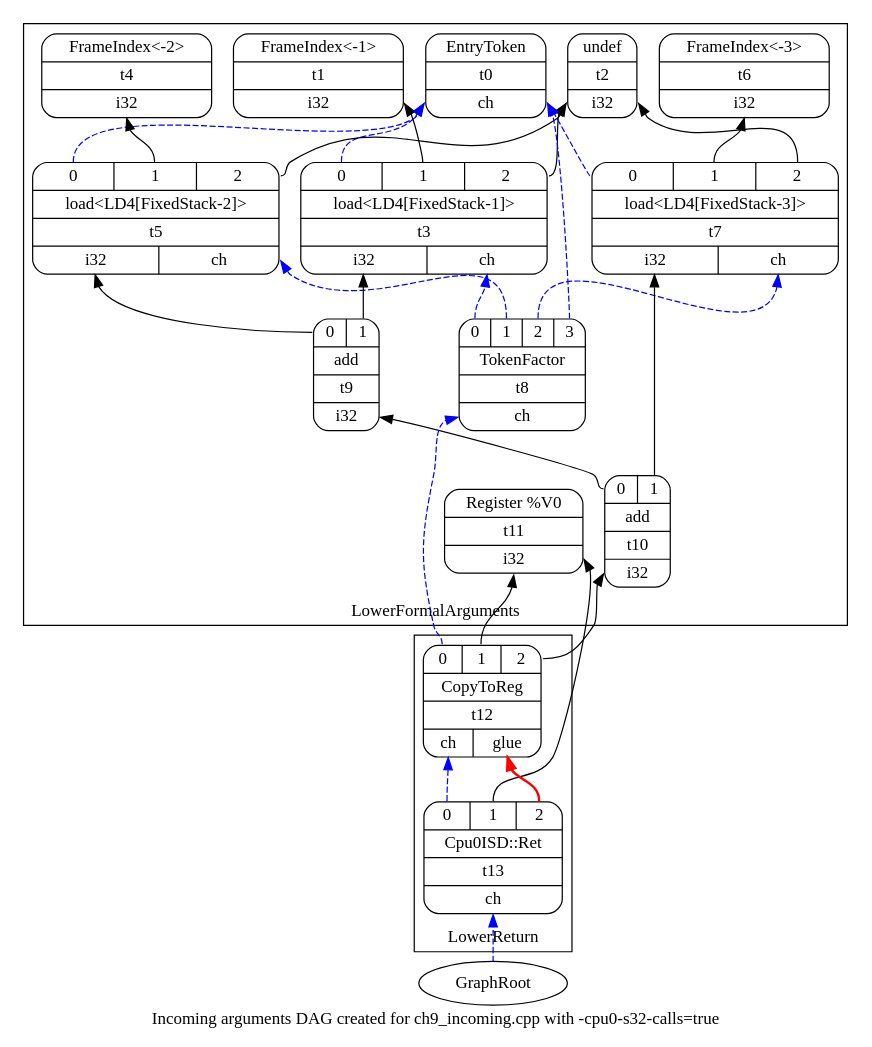
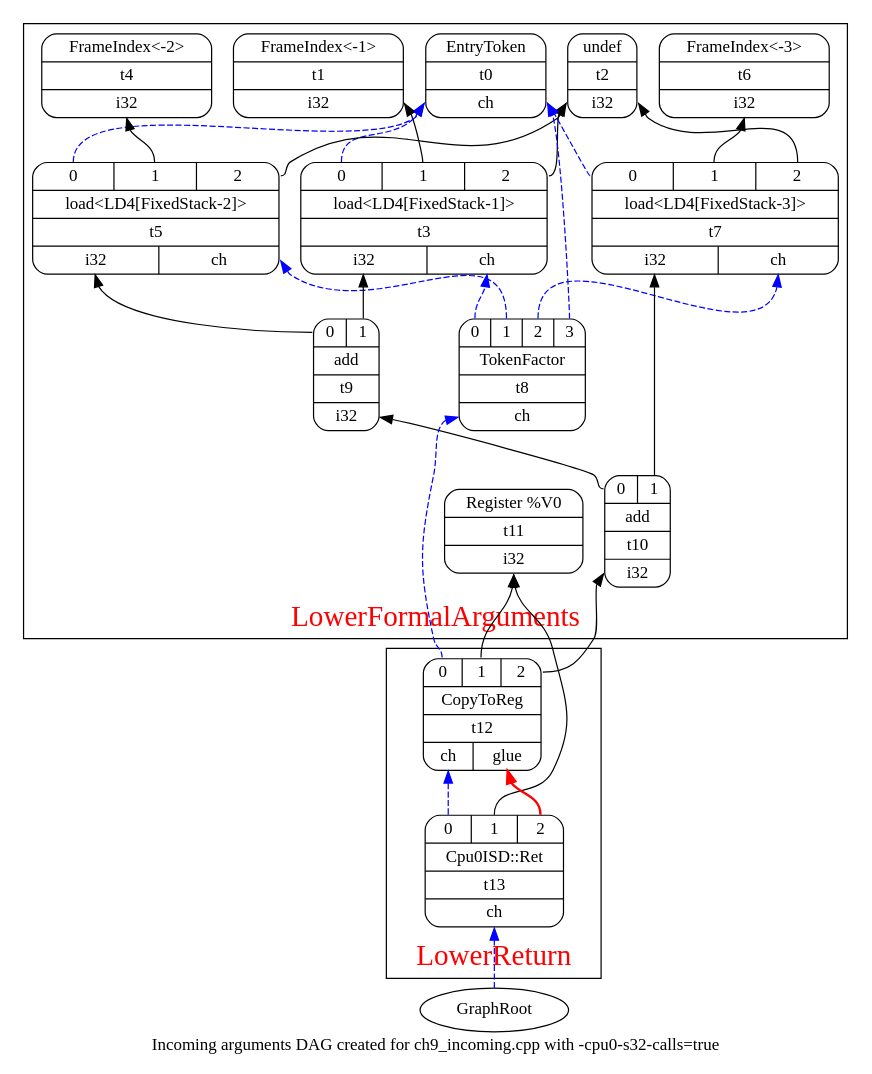
One commit to Jonathan2251/lbd changed the diagram in Fig/funccall/incoming-arg-S32.gv. Above: the diagram before and after it, drawn with Graphviz. The commit also changed 2 other files, not shown here.

Commit message:
use graphviz for chapter function call

```diff
--- a/Fig/funccall/incoming-arg-S32.gv
+++ b/Fig/funccall/incoming-arg-S32.gv
@@ -1,50 +1,54 @@
 digraph "dag-combine1 input for _Z5sum_iiii:" {
 	rankdir="BT";
 	label="Incoming arguments DAG created for ch9_incoming.cpp with -cpu0-s32-calls=true";
 
   subgraph cluster_0 {
+    fontcolor=red;
+    fontsize=24;
     label = "LowerFormalArguments";
 	Node0x102f0dbe0 [shape=record,shape=Mrecord,label="{EntryToken|t0|{<d0>ch}}"];
 	Node0x10304e800 [shape=record,shape=Mrecord,label="{FrameIndex\<-1\>|t1|{<d0>i32}}"];
 	Node0x10304e870 [shape=record,shape=Mrecord,label="{undef|t2|{<d0>i32}}"];
 	Node0x10304e8e0 [shape=record,shape=Mrecord,label="{{<s0>0|<s1>1|<s2>2}|load\<LD4[FixedStack-1]\>|t3|{<d0>i32|<d1>ch}}"];
 	Node0x10304e8e0:s0 -> Node0x102f0dbe0:d0[color=blue,style=dashed];
 	Node0x10304e8e0:s1 -> Node0x10304e800:d0;
 	Node0x10304e8e0:s2 -> Node0x10304e870:d0;
 	Node0x10304e950 [shape=record,shape=Mrecord,label="{FrameIndex\<-2\>|t4|{<d0>i32}}"];
 	Node0x10304e9c0 [shape=record,shape=Mrecord,label="{{<s0>0|<s1>1|<s2>2}|load\<LD4[FixedStack-2]\>|t5|{<d0>i32|<d1>ch}}"];
 	Node0x10304e9c0:s0 -> Node0x102f0dbe0:d0[color=blue,style=dashed];
 	Node0x10304e9c0:s1 -> Node0x10304e950:d0;
 	Node0x10304e9c0:s2 -> Node0x10304e870:d0;
 	Node0x10304ea30 [shape=record,shape=Mrecord,label="{FrameIndex\<-3\>|t6|{<d0>i32}}"];
 	Node0x10304eaa0 [shape=record,shape=Mrecord,label="{{<s0>0|<s1>1|<s2>2}|load\<LD4[FixedStack-3]\>|t7|{<d0>i32|<d1>ch}}"];
 	Node0x10304eaa0:s0 -> Node0x102f0dbe0:d0[color=blue,style=dashed];
 	Node0x10304eaa0:s1 -> Node0x10304ea30:d0;
 	Node0x10304eaa0:s2 -> Node0x10304e870:d0;
 	Node0x10304eb10 [shape=record,shape=Mrecord,label="{{<s0>0|<s1>1|<s2>2|<s3>3}|TokenFactor|t8|{<d0>ch}}"];
 	Node0x10304eb10:s0 -> Node0x10304e8e0:d1[color=blue,style=dashed];
 	Node0x10304eb10:s1 -> Node0x10304e9c0:d1[color=blue,style=dashed];
 	Node0x10304eb10:s2 -> Node0x10304eaa0:d1[color=blue,style=dashed];
 	Node0x10304eb10:s3 -> Node0x102f0dbe0:d0[color=blue,style=dashed];
 	Node0x10304eb80 [shape=record,shape=Mrecord,label="{{<s0>0|<s1>1}|add|t9|{<d0>i32}}"];
 	Node0x10304eb80:s0 -> Node0x10304e9c0:d0;
 	Node0x10304eb80:s1 -> Node0x10304e8e0:d0;
 	Node0x10304ebf0 [shape=record,shape=Mrecord,label="{{<s0>0|<s1>1}|add|t10|{<d0>i32}}"];
 	Node0x10304ebf0:s0 -> Node0x10304eb80:d0;
 	Node0x10304ebf0:s1 -> Node0x10304eaa0:d0;
 	Node0x10304ec60 [shape=record,shape=Mrecord,label="{Register %V0|t11|{<d0>i32}}"];
   }
   subgraph cluster_1 {
+    fontcolor=red;
+    fontsize=24;
     label = "LowerReturn";
 	Node0x10304ecd0 [shape=record,shape=Mrecord,label="{{<s0>0|<s1>1|<s2>2}|CopyToReg|t12|{<d0>ch|<d1>glue}}"];
 	Node0x10304ecd0:s0 -> Node0x10304eb10:d0[color=blue,style=dashed];
 	Node0x10304ecd0:s1 -> Node0x10304ec60:d0;
 	Node0x10304ecd0:s2 -> Node0x10304ebf0:d0;
 	Node0x10304ed40 [shape=record,shape=Mrecord,label="{{<s0>0|<s1>1|<s2>2}|Cpu0ISD::Ret|t13|{<d0>ch}}"];
 	Node0x10304ed40:s0 -> Node0x10304ecd0:d0[color=blue,style=dashed];
 	Node0x10304ed40:s1 -> Node0x10304ec60:d0;
 	Node0x10304ed40:s2 -> Node0x10304ecd0:d1[color=red,style=bold];
   }
 	Node0x0[ plaintext=circle, label ="GraphRoot"];
 	Node0x0 -> Node0x10304ed40:d0[color=blue,style=dashed];
 }
```
